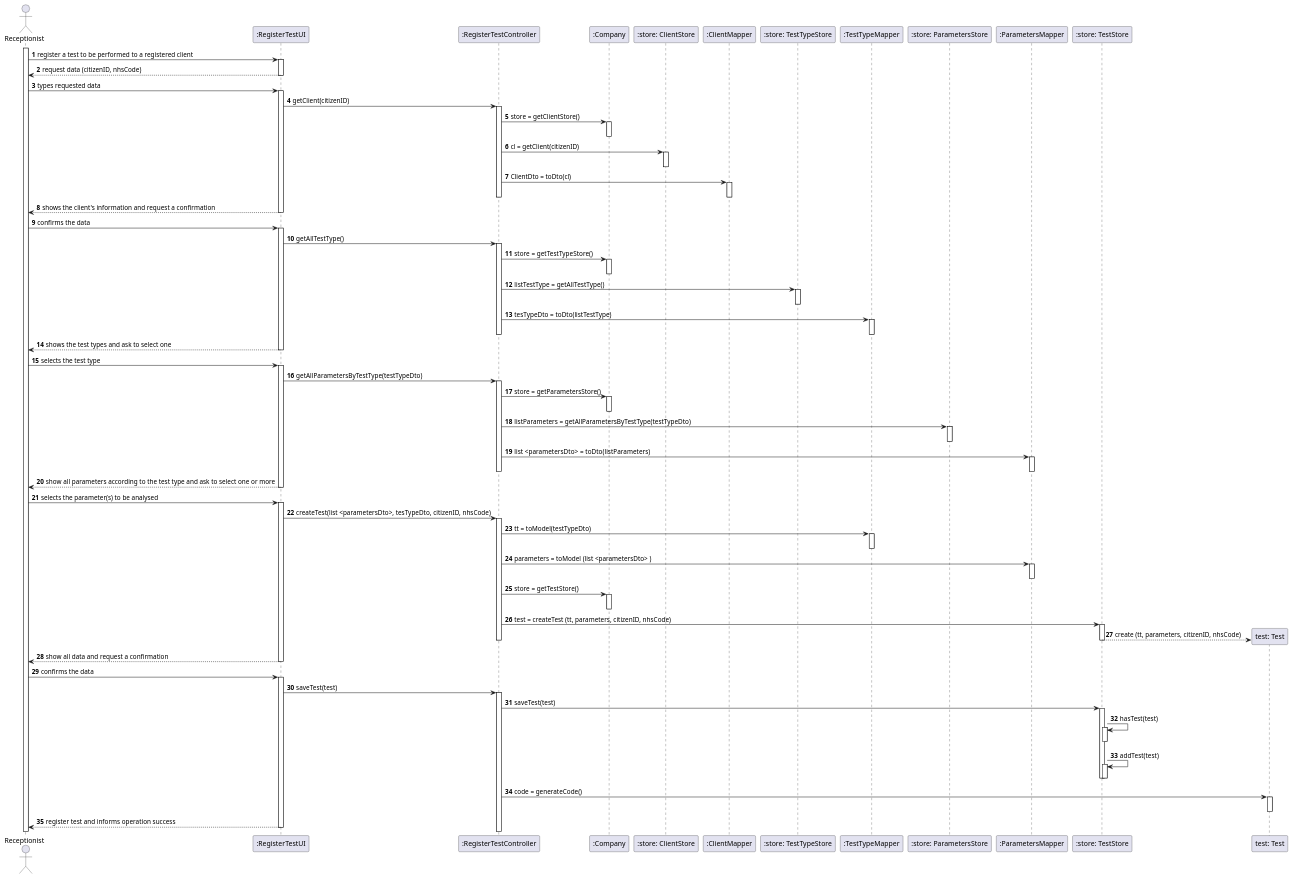
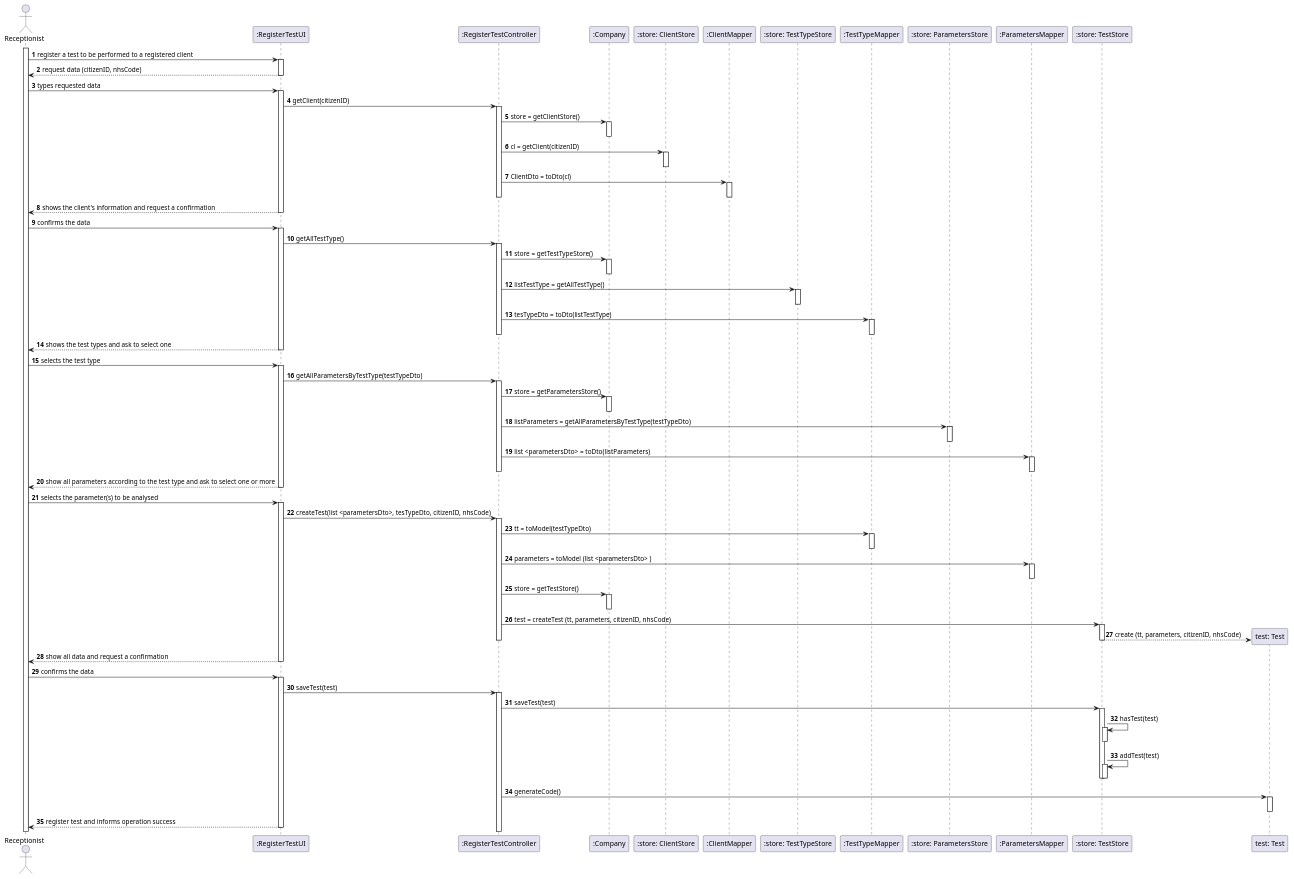
Before and after one commit to 0franciscor/lei-21-s2-1de-g19: the diagram in docs/SprintC/US04/US04-SD.puml, drawn with PlantUML. The commit also changed 6 other files, not shown here.

```diff
--- a/docs/SprintC/US04/US04-SD.puml
+++ b/docs/SprintC/US04/US04-SD.puml
@@ -1,156 +1,156 @@
 @startuml
 'https://plantuml.com/sequence-diagram
 
 autonumber
 
 actor "Receptionist" as R
 activate R
 
 
 R -> ":RegisterTestUI" : register a test to be performed to a registered client
 activate ":RegisterTestUI"
 ":RegisterTestUI" --> R: request data (citizenID, nhsCode)
 deactivate ":RegisterTestUI"
 R -> ":RegisterTestUI" : types requested data
 
 
 activate ":RegisterTestUI"
 
 
 ":RegisterTestUI" -> ":RegisterTestController": getClient(citizenID)
 
 
 activate ":RegisterTestController"
 ":RegisterTestController" -> ":Company" : store = getClientStore()
 activate ":Company"
 deactivate ":Company"
 
 ":RegisterTestController" -> ":store: ClientStore" : cl = getClient(citizenID)
 activate ":store: ClientStore"
 deactivate ":store: ClientStore"
 
 ":RegisterTestController" -> ":ClientMapper" : ClientDto = toDto(cl)
 activate ":ClientMapper"
 deactivate ":ClientMapper"
 
 
 deactivate ":RegisterTestController"
 
 
 
 ":RegisterTestUI" --> R: shows the client's information and request a confirmation
 deactivate ":RegisterTestUI"
 
 
 
 
 R -> ":RegisterTestUI" : confirms the data
 activate ":RegisterTestUI"
 
 
 ":RegisterTestUI" -> ":RegisterTestController": getAllTestType()
 activate ":RegisterTestController"
 ":RegisterTestController" -> ":Company": store = getTestTypeStore()
 activate ":Company"
 
 deactivate ":Company"
 ":RegisterTestController" -> ":store: TestTypeStore": listTestType = getAllTestType()
 activate ":store: TestTypeStore"
 deactivate ":store: TestTypeStore"
 
 ":RegisterTestController" -> ":TestTypeMapper": tesTypeDto = toDto(listTestType)
 activate ":TestTypeMapper"
 deactivate ":TestTypeMapper"
 deactivate ":RegisterTestController"
 ":RegisterTestUI" --> R: shows the test types and ask to select one
 deactivate ":RegisterTestUI"
 R -> ":RegisterTestUI": selects the test type
 activate ":RegisterTestUI"
 
 ":RegisterTestUI" -> ":RegisterTestController": getAllParametersByTestType(testTypeDto)
 activate ":RegisterTestController"
 ":RegisterTestController" -> ":Company": store = getParametersStore()
 activate ":Company"
 deactivate ":Company"
 
 ":RegisterTestController" -> ":store: ParametersStore": listParameters = getAllParametersByTestType(testTypeDto)
 activate ":store: ParametersStore"
 deactivate ":store: ParametersStore"
 
 ":RegisterTestController" -> ":ParametersMapper": list <parametersDto>  = toDto(listParameters)
 activate ":ParametersMapper"
 deactivate ":ParametersMapper"
 
 deactivate ":RegisterTestController"
 
 ":RegisterTestUI" --> R: show all parameters according to the test type and ask to select one or more
 deactivate ":RegisterTestUI"
 
 R -> ":RegisterTestUI": selects the parameter(s) to be analysed
 activate ":RegisterTestUI"
 
 
 
 
 
 
 
 ":RegisterTestUI" -> ":RegisterTestController": createTest(list <parametersDto>, tesTypeDto, citizenID, nhsCode)
 activate ":RegisterTestController"
 
 ":RegisterTestController" -> ":TestTypeMapper": tt = toModel(testTypeDto)
 activate ":TestTypeMapper"
 deactivate ":TestTypeMapper"
 
 ":RegisterTestController" -> ":ParametersMapper": parameters = toModel (list <parametersDto> )
 activate ":ParametersMapper"
 deactivate ":ParametersMapper"
 
 
 
 
 
 
 ":RegisterTestController" -> ":Company" ++: store = getTestStore()
 deactivate ":Company"
 
 ":RegisterTestController" -> ":store: TestStore" ++: test = createTest (tt, parameters, citizenID, nhsCode)
 
 create "test: Test"
 
 ":store: TestStore" --> "test: Test" : create (tt, parameters, citizenID, nhsCode)
 deactivate ":store: TestStore"
 deactivate ":RegisterTestController"
 
 ":RegisterTestUI" --> R: show all data and request a confirmation
 deactivate ":RegisterTestUI"
 
 R -> ":RegisterTestUI" : confirms the data
 activate ":RegisterTestUI"
 
 ":RegisterTestUI" -> ":RegisterTestController": saveTest(test)
 
 activate ":RegisterTestController"
 
 ":RegisterTestController" -> ":store: TestStore" : saveTest(test)
 
 activate ":store: TestStore"
 
 ":store: TestStore" -> ":store: TestStore": hasTest(test)
 activate ":store: TestStore"
 deactivate ":store: TestStore"
 ":store: TestStore" -> ":store: TestStore": addTest(test)
 activate ":store: TestStore"
 deactivate ":store: TestStore"
 
 deactivate ":store: TestStore"
 
-":RegisterTestController" -> "test: Test" : code = generateCode()
+":RegisterTestController" -> "test: Test" : generateCode()
 
 activate "test: Test"
 deactivate "test: Test"
 
 
 ":RegisterTestUI" --> R: register test and informs operation success
 deactivate ":RegisterTestUI"
 @enduml
```
